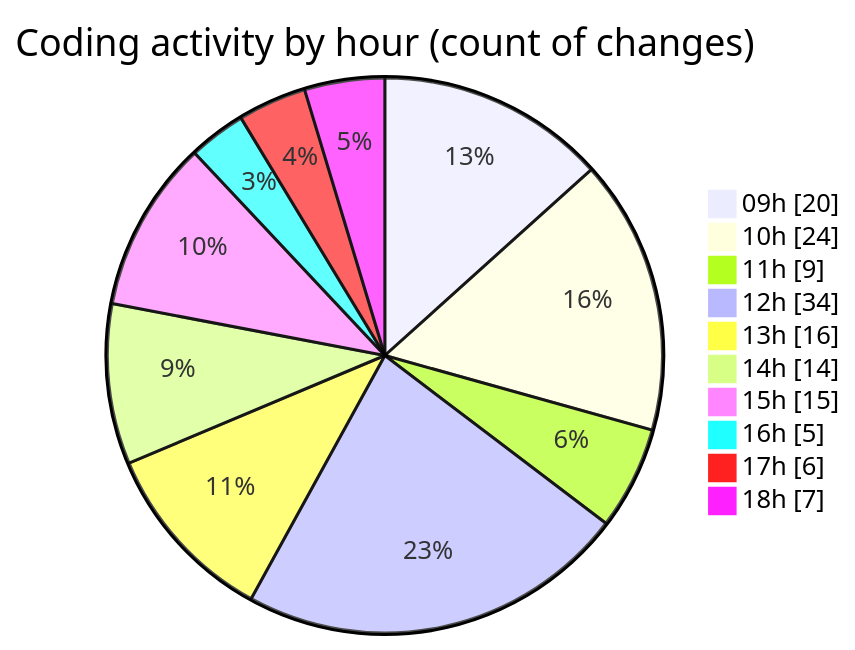
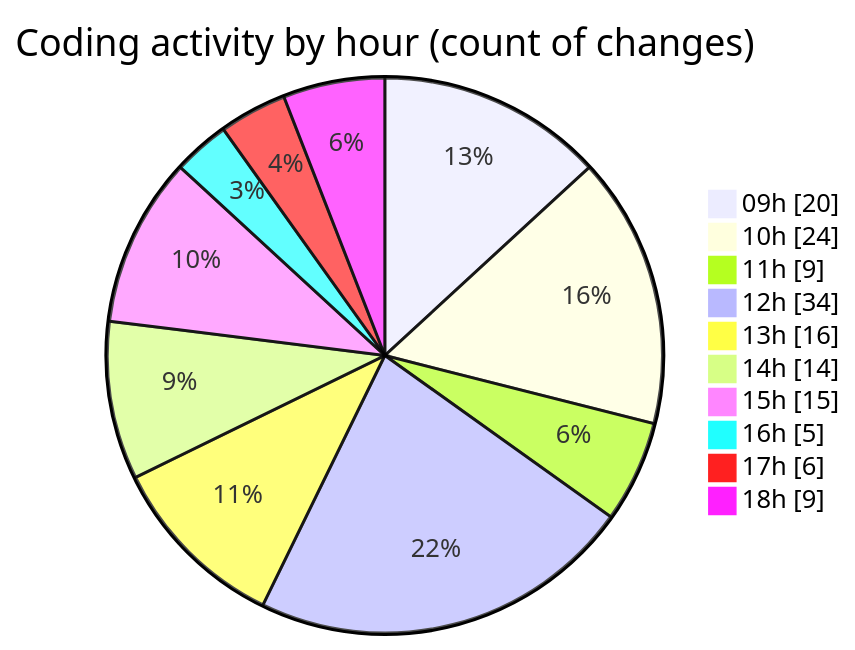
Before and after one commit to momahboobian/code-tracking: the second of 2 diagrams in 2025-05-19/cda/README.md, drawn with Mermaid. The commit also changed other lines of this file and 1 other file, not shown here.

````diff
--- a/2025-05-19/cda/README.md
+++ b/2025-05-19/cda/README.md
@@ -59,14 +59,14 @@
 ```mermaid
 pie showData
 title Coding activity by hour (count of changes)
 "09h" : 20
 "10h" : 24
 "11h" : 9
 "12h" : 34
 "13h" : 16
 "14h" : 14
 "15h" : 15
 "16h" : 5
 "17h" : 6
-"18h" : 7
+"18h" : 9
 ```
````
